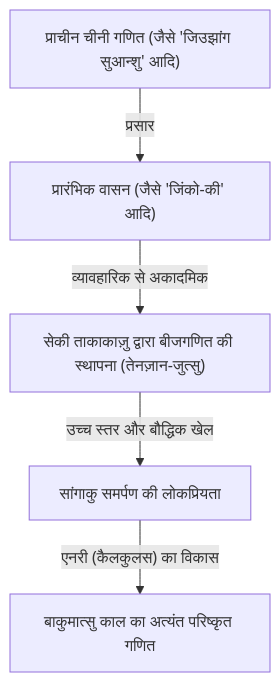
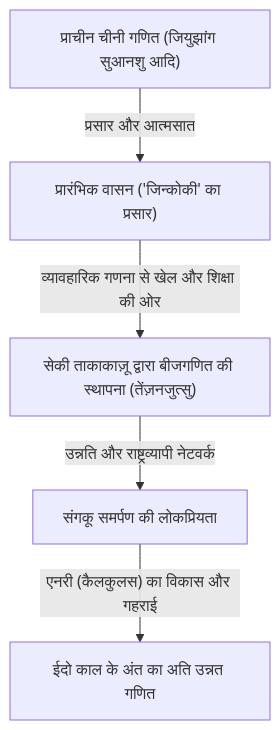
One commit to kenjinote/blog changed the first of 2 diagrams in content/post/history-of-wasan-japanese-mathematics/index.hi.md. Above: the diagram before and after it, drawn with Mermaid. The commit also changed other lines of this file and 129 other files, not shown here.

````diff
--- a/content/post/history-of-wasan-japanese-mathematics/index.hi.md
+++ b/content/post/history-of-wasan-japanese-mathematics/index.hi.md
@@ -17,7 +25,7 @@
 ```mermaid
 graph TD
-    A["प्राचीन चीनी गणित (जैसे 'जिउझांग सुआन्शु' आदि)"] -- "प्रसार" --> B["प्रारंभिक वासन (जैसे 'जिंको-की' आदि)"]
-    B -- "व्यावहारिक से अकादमिक" --> C["सेकी ताकाकाज़ु द्वारा बीजगणित की स्थापना (तेनज़ान-जुत्सु)"]
-    C -- "उच्च स्तर और बौद्धिक खेल" --> D["सांगाकु समर्पण की लोकप्रियता"]
-    D -- "एनरी (कैलकुलस) का विकास" --> E["बाकुमात्सु काल का अत्यंत परिष्कृत गणित"]
+    A["प्राचीन चीनी गणित (जियुझांग सुआनशु आदि)"] -- "प्रसार और आत्मसात" --> B["प्रारंभिक वासन ('जिन्कोकी' का प्रसार)"]
+    B -- "व्यावहारिक गणना से खेल और शिक्षा की ओर" --> C["सेकी ताकाकाज़ू द्वारा बीजगणित की स्थापना (तेंज़नजुत्सु)"]
+    C -- "उन्नति और राष्ट्रव्यापी नेटवर्क" --> D["संगकू समर्पण की लोकप्रियता"]
+    D -- "एनरी (कैलकुलस) का विकास और गहराई" --> E["ईदो काल के अंत का अति उन्नत गणित"]
 ```
````
